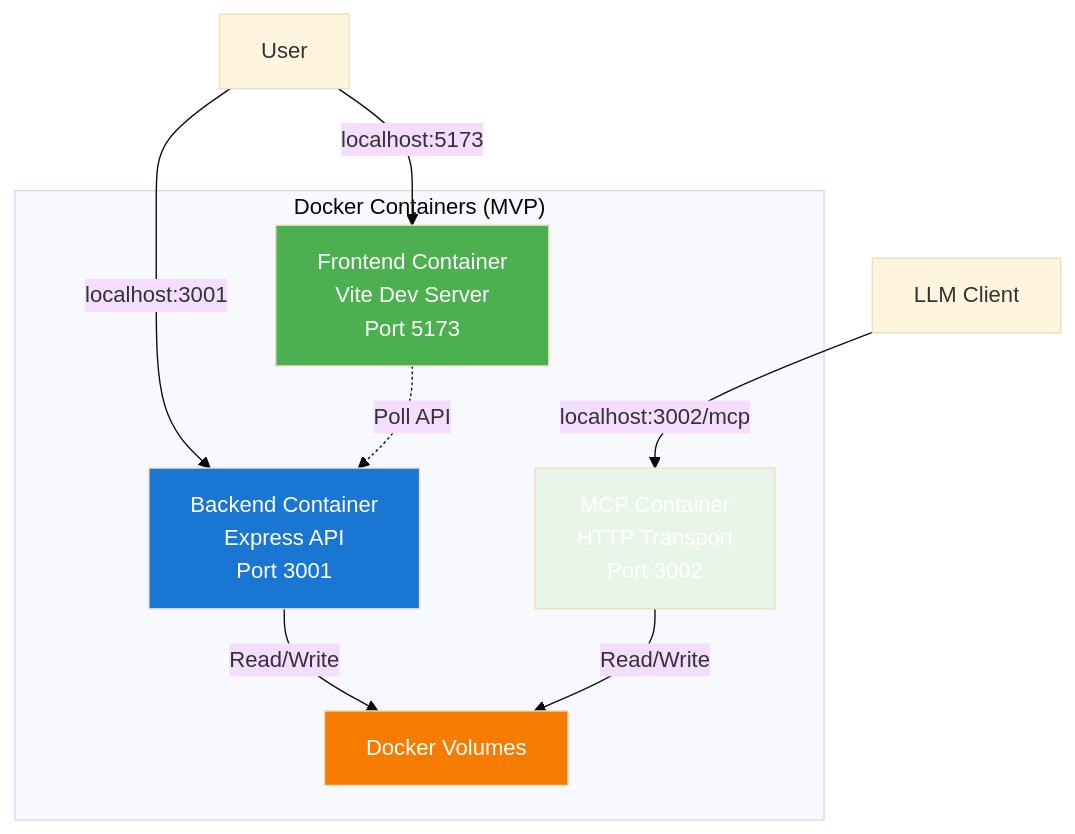
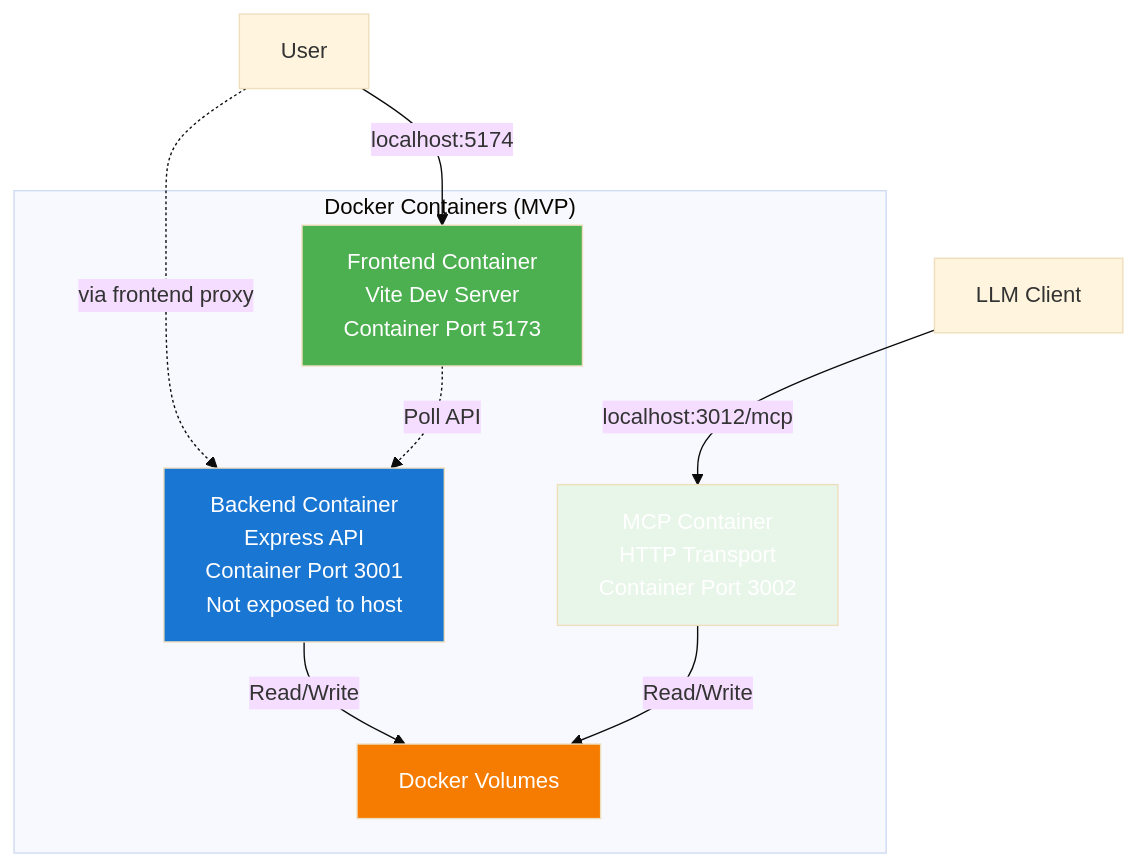
Before and after one commit to andkirby/markdown-ticket: the second of 2 diagrams in docs/CRs/MDT-055-docker-containerization-architecture-for-multi-ser.md, drawn with Mermaid (base theme). The commit also changed other lines of this file and 1 other file, not shown here.

Commit message:
docs(MDT-055): fix port mappings in documentation
Correct all port references to match actual docker-compose configuration:
- Frontend: localhost:5174 (host) → container 5173 (dev) / 80 (prod)
- Backend: NOT exposed to host (internal network only)
- MCP: localhost:3012 (host) → container 3002

Updated both README.docker.md and MDT-055 CR documentation with:
- Correct port mappings in Quick Start and MCP Integration sections
- Fixed mermaid diagram to show correct host ports
- Updated health check URLs and troubleshooting commands
- Clarified backend is only accessible via frontend proxy

````diff
--- a/docs/CRs/MDT-055-docker-containerization-architecture-for-multi-ser.md
+++ b/docs/CRs/MDT-055-docker-containerization-architecture-for-multi-ser.md
@@ -49,22 +49,22 @@
 ```mermaid
 graph TB
     subgraph "Docker Containers (MVP)"
-        FE[Frontend Container<br/>Vite Dev Server<br/>Port 5173]
-        BE[Backend Container<br/>Express API<br/>Port 3001]
-        MCP[MCP Container<br/>HTTP Transport<br/>Port 3002]
+        FE[Frontend Container<br/>Vite Dev Server<br/>Container Port 5173]
+        BE[Backend Container<br/>Express API<br/>Container Port 3001<br/>Not exposed to host]
+        MCP[MCP Container<br/>HTTP Transport<br/>Container Port 3002]
         VOLUMES[Docker Volumes]
     end
 
-    LLM_CLIENT[LLM Client] -->|localhost:3002/mcp| MCP
-    USER[User] -->|localhost:5173| FE
-    USER -->|localhost:3001| BE
+    LLM_CLIENT[LLM Client] -->|localhost:3012/mcp| MCP
+    USER[User] -->|localhost:5174| FE
+    USER -.->|via frontend proxy| BE
 
     BE -->|Read/Write| VOLUMES
     MCP -->|Read/Write| VOLUMES
     FE -.->|Poll API| BE
 
     style FE fill:#4caf50,color:#fff
     style BE fill:#1976d2,color:#fff
     style MCP fill:#e8f5e9,color:#fff
     style VOLUMES fill:#f57c00,color:#fff
 ```
````
